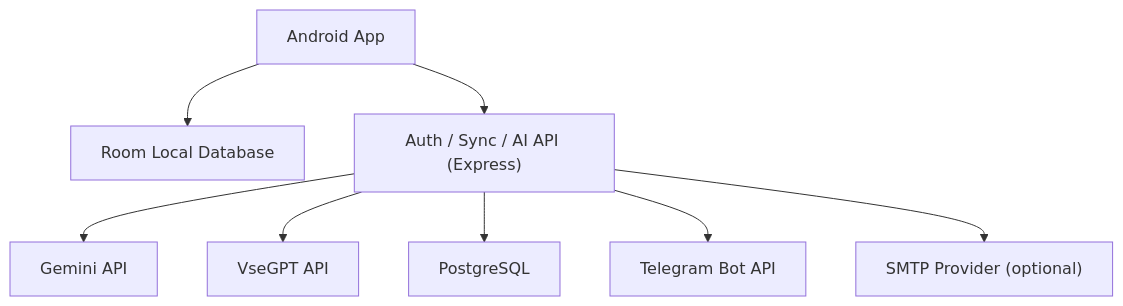
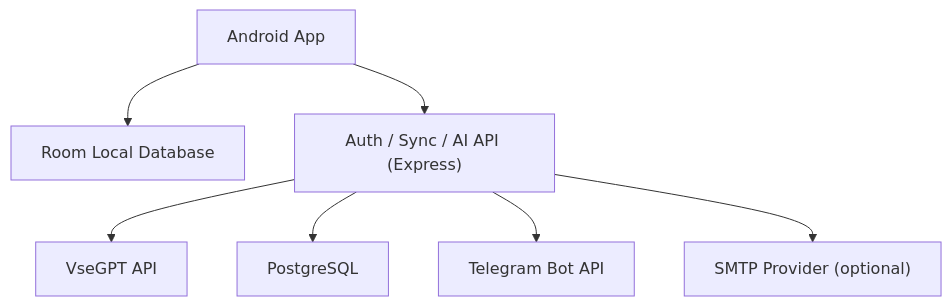
One commit to Moii-gh/FreeChat-AndroidApp changed the diagram in README.md. Above: the diagram before and after it, drawn with Mermaid. The commit also changed other lines of this file and 10 other files, not shown here.

````diff
--- a/README.md
+++ b/README.md
@@ -73,10 +73,9 @@
 ```mermaid
 flowchart TD
     A["Android App"] --> B["Room Local Database"]
     A --> C["Auth / Sync / AI API (Express)"]
-    C --> D["Gemini API"]
-    C --> E["VseGPT API"]
+    C --> D["VseGPT API"]
     C --> F["PostgreSQL"]
     C --> G["Telegram Bot API"]
     C --> H["SMTP Provider (optional)"]
 ```
````
